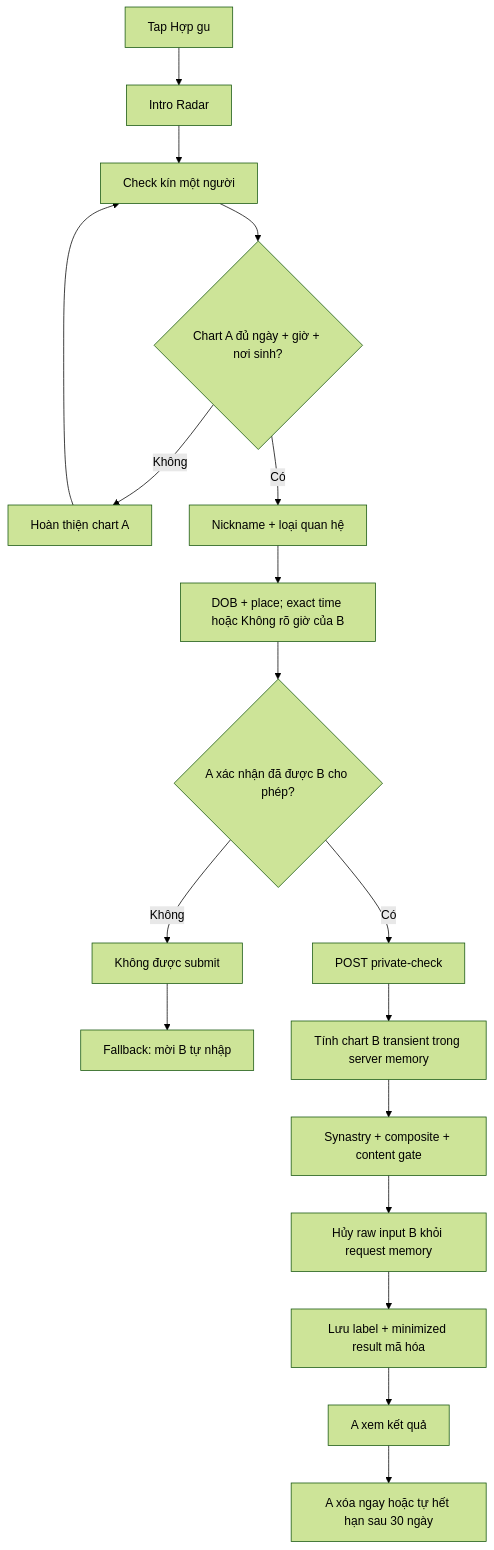
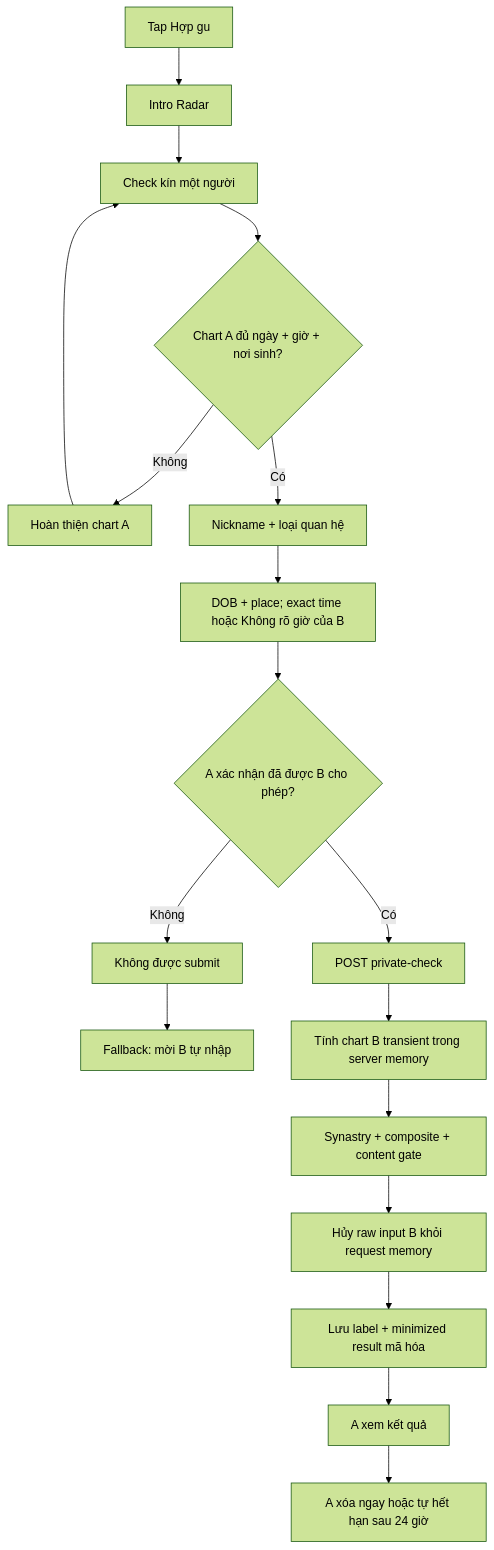
Before and after one commit to honghanh153-creator/la-lanh: the diagram in docs/foundation/la-lanh-radar-hop-gu-spec.md, drawn with Mermaid (forest theme). The commit also changed other lines of this file and 8 other files, not shown here.

````diff
--- a/docs/foundation/la-lanh-radar-hop-gu-spec.md
+++ b/docs/foundation/la-lanh-radar-hop-gu-spec.md
@@ -38,19 +38,19 @@
 ```mermaid
 flowchart TD
   A["Tap Hợp gu"] --> B["Intro Radar"]
   B --> C["Check kín một người"]
   C --> D{"Chart A đủ ngày + giờ + nơi sinh?"}
   D -->|Không| E["Hoàn thiện chart A"] --> C
   D -->|Có| F["Nickname + loại quan hệ"]
   F --> G["DOB + place; exact time hoặc Không rõ giờ của B"]
   G --> H{"A xác nhận đã được B cho phép?"}
   H -->|Không| I["Không được submit"]
   I --> J["Fallback: mời B tự nhập"]
   H -->|Có| K["POST private-check"]
   K --> L["Tính chart B transient trong server memory"]
   L --> M["Synastry + composite + content gate"]
   M --> N["Hủy raw input B khỏi request memory"]
   N --> O["Lưu label + minimized result mã hóa"]
   O --> P["A xem kết quả"]
-  P --> Q["A xóa ngay hoặc tự hết hạn sau 30 ngày"]
+  P --> Q["A xóa ngay hoặc tự hết hạn sau 24 giờ"]
 ```
````
